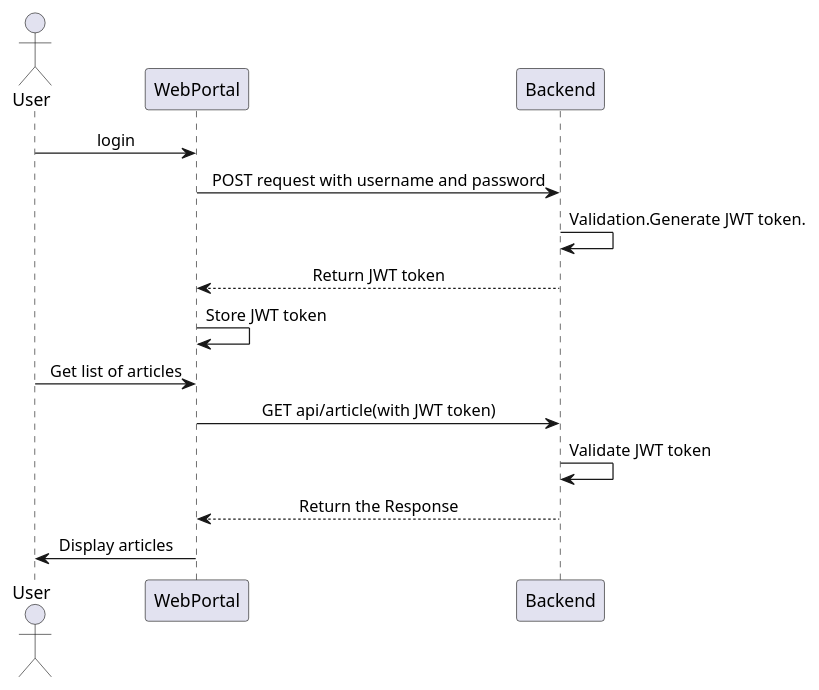
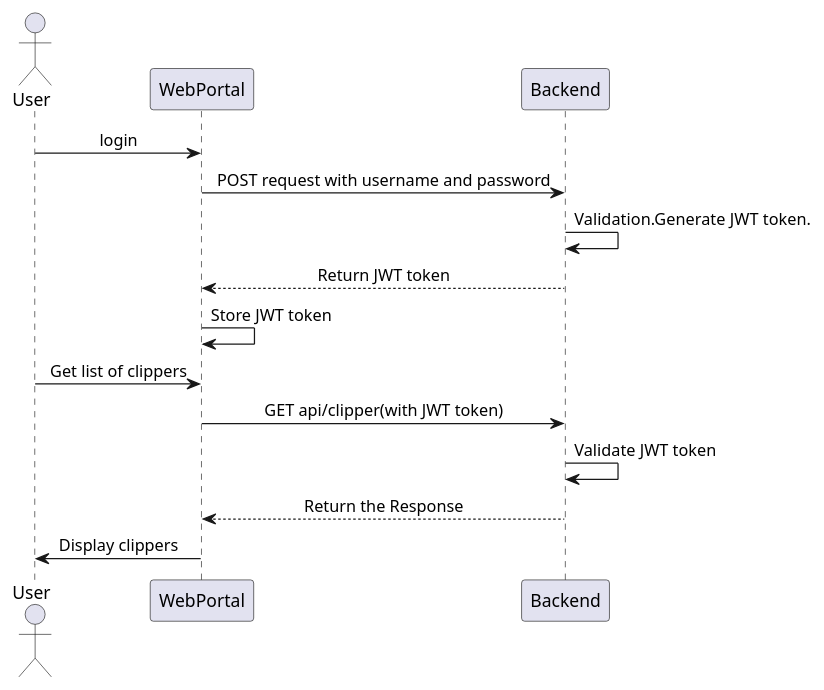
The diagram in documentation/CurrentFlow.puml (MHormes/Clipper-MS-Microservices), drawn with PlantUML before and after one commit. The commit also changed 31 other files, not shown here.

```diff
--- a/documentation/CurrentFlow.puml
+++ b/documentation/CurrentFlow.puml
@@ -1,14 +1,14 @@
 @startuml
 skinparam SequenceMessageAlignment center
 actor User
 User -> WebPortal: login
 WebPortal -> Backend:POST request with username and password
 Backend ->Backend:Validation.Generate JWT token.
 Backend -->WebPortal:Return JWT token
 WebPortal ->WebPortal:Store JWT token
-User -> WebPortal:Get list of articles
-WebPortal ->Backend:GET api/article(with JWT token)
+User -> WebPortal:Get list of clippers
+WebPortal ->Backend:GET api/clipper(with JWT token)
 Backend ->Backend:Validate JWT token
 Backend-->WebPortal:Return the Response
-WebPortal -> User: Display articles
+WebPortal -> User: Display clippers
 @enduml
```
